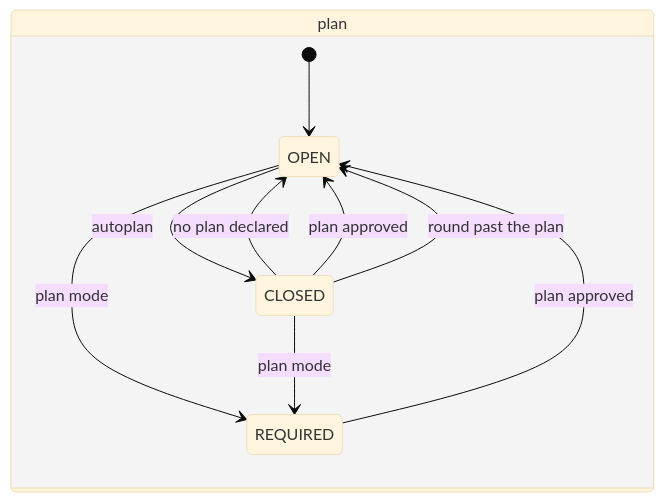
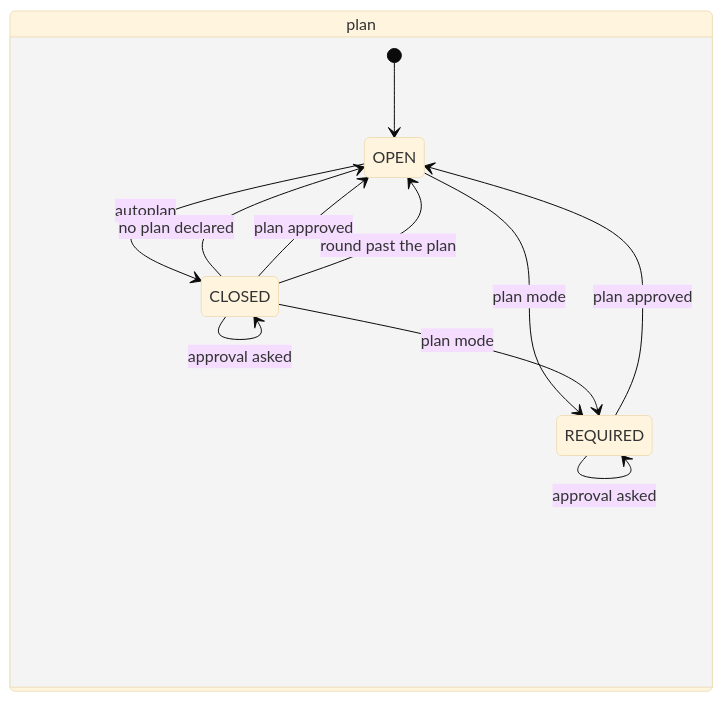
Before and after one commit to GulDmitry/jagt: the diagram in docs/task-plan-chart.md, drawn with Mermaid (base theme). The commit also changed 26 other files, not shown here.

First line of the commit message:
A task an outside system opened has its plan gate held by jagt: a no_plan report is refused and the Master's approval of a plan not headed verdict: sound is refused, the human's never (JAGT-350)

````diff
--- a/docs/task-plan-chart.md
+++ b/docs/task-plan-chart.md
@@ -3,16 +3,18 @@
 ```mermaid
 stateDiagram-v2
     state plan {
         state "OPEN" as plan_OPEN
         state "CLOSED" as plan_CLOSED
         state "REQUIRED" as plan_REQUIRED
         [*] --> plan_OPEN
         plan_OPEN --> plan_CLOSED : autoplan
         plan_OPEN --> plan_REQUIRED : plan mode
         plan_CLOSED --> plan_REQUIRED : plan mode
         plan_CLOSED --> plan_OPEN : no plan declared
+        plan_CLOSED --> plan_CLOSED : approval asked
         plan_CLOSED --> plan_OPEN : plan approved
+        plan_REQUIRED --> plan_REQUIRED : approval asked
         plan_REQUIRED --> plan_OPEN : plan approved
         plan_CLOSED --> plan_OPEN : round past the plan
     }
 ```
````
